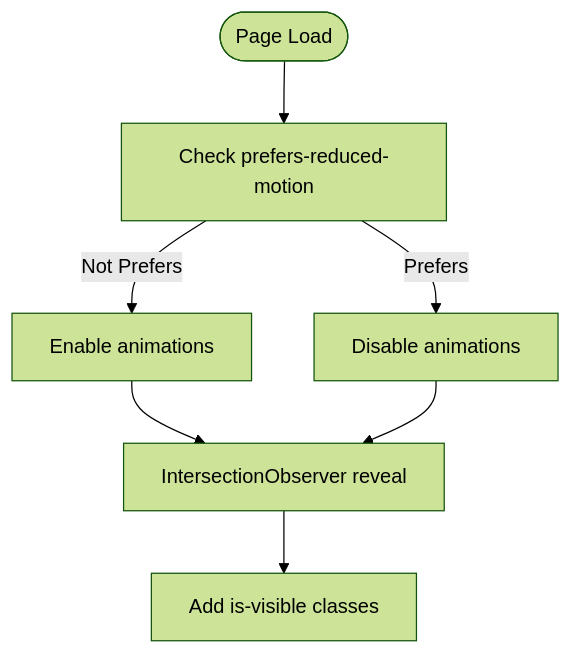
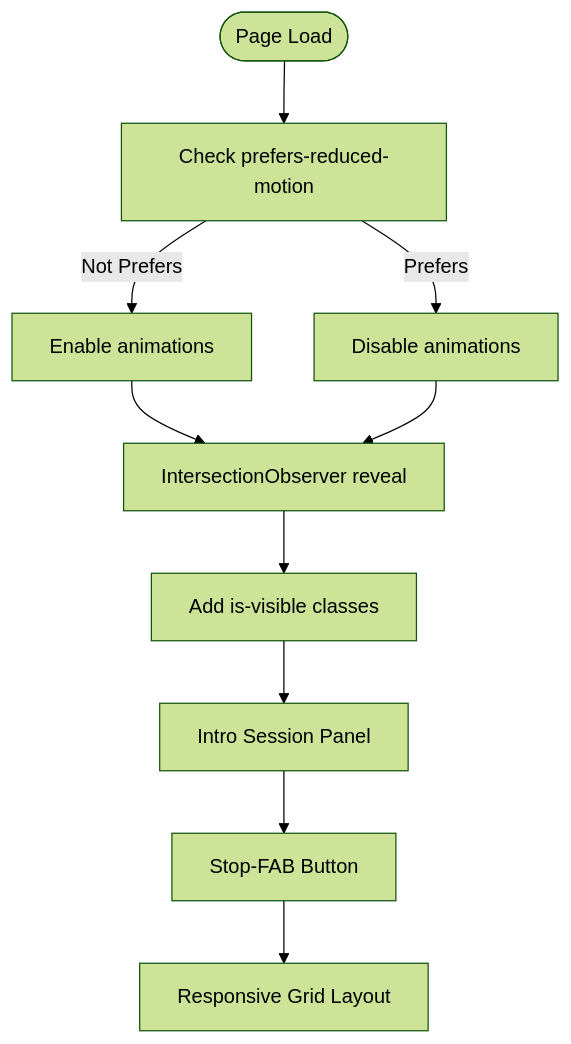
One commit to ikramhh/signvue-project changed the eighth of 9 diagrams in .qoder/repowiki/en/content/Frontend Application.md. Above: the diagram before and after it, drawn with Mermaid (forest theme). The commit also changed other lines of this file and 3 other files, not shown here.

````diff
--- a/.qoder/repowiki/en/content/Frontend Application.md
+++ b/.qoder/repowiki/en/content/Frontend Application.md
@@ -259,9 +377,12 @@
 ```mermaid
 flowchart TD
 Load(["Page Load"]) --> CheckReduced["Check prefers-reduced-motion"]
 CheckReduced --> |Prefers| DisableAnim["Disable animations"]
 CheckReduced --> |Not Prefers| EnableAnim["Enable animations"]
 EnableAnim --> Observe["IntersectionObserver reveal"]
 DisableAnim --> Observe
 Observe --> ApplyClasses["Add is-visible classes"]
+ApplyClasses --> IntroSession["Intro Session Panel"]
+IntroSession --> StopFab["Stop-FAB Button"]
+StopFab --> ResponsiveLayout["Responsive Grid Layout"]
 ```
````
